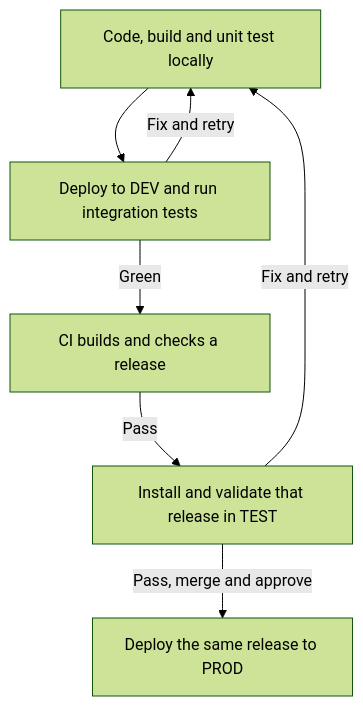
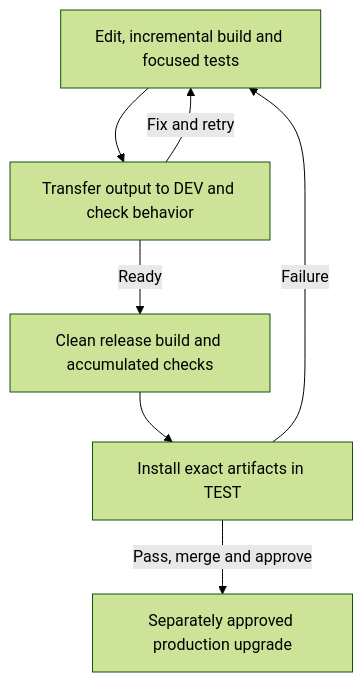
Before and after one commit to coletaylor788/puddles: the first of 2 diagrams in docs/plans/039-development-delivery-master.md, drawn with Mermaid (forest theme). The commit also changed other lines of this file and 1 other file, not shown here.

````diff
--- a/docs/plans/039-development-delivery-master.md
+++ b/docs/plans/039-development-delivery-master.md
@@ -20,15 +17,14 @@
 ```mermaid
 flowchart TD
-    Local["Code, build and unit test locally"]
-    Dev["Deploy to DEV and run integration tests"]
-    CI["CI builds and checks a release"]
-    Test["Install and validate that release in TEST"]
-    Prod["Deploy the same release to PROD"]
-
+    Local["Edit, incremental build and focused tests"]
+    Dev["Transfer output to DEV and check behavior"]
+    CI["Clean release build and accumulated checks"]
+    Test["Install exact artifacts in TEST"]
+    Prod["Separately approved production upgrade"]
     Local --> Dev
     Dev -->|Fix and retry| Local
-    Dev -->|Green| CI
-    CI -->|Pass| Test
-    Test -->|Fix and retry| Local
+    Dev -->|Ready| CI
+    CI --> Test
+    Test -->|Failure| Local
     Test -->|Pass, merge and approve| Prod
 ```
````
